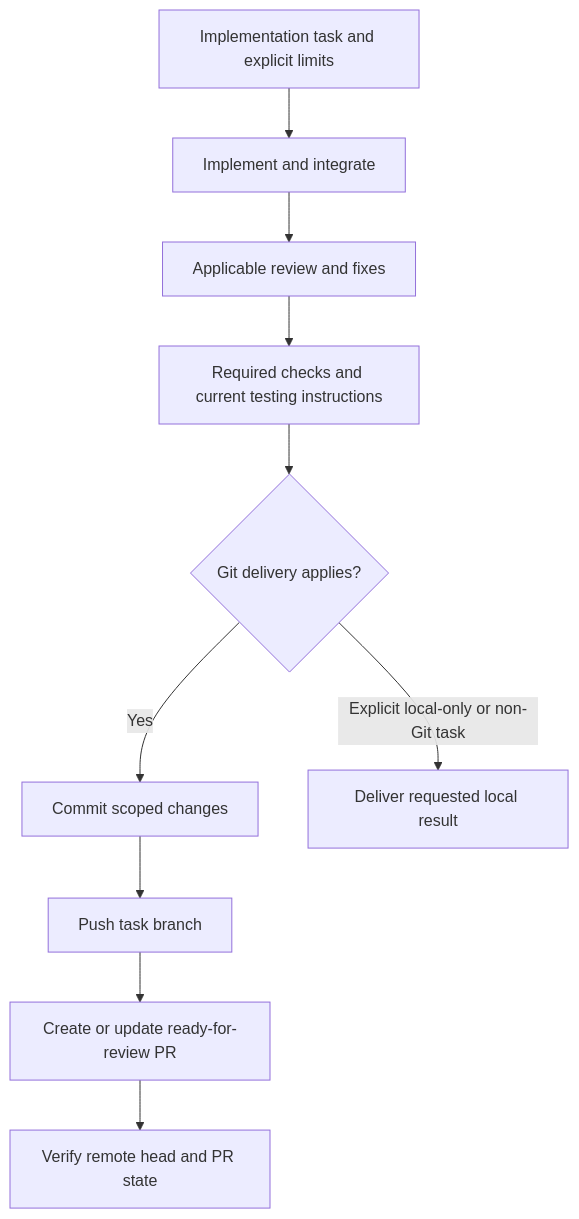
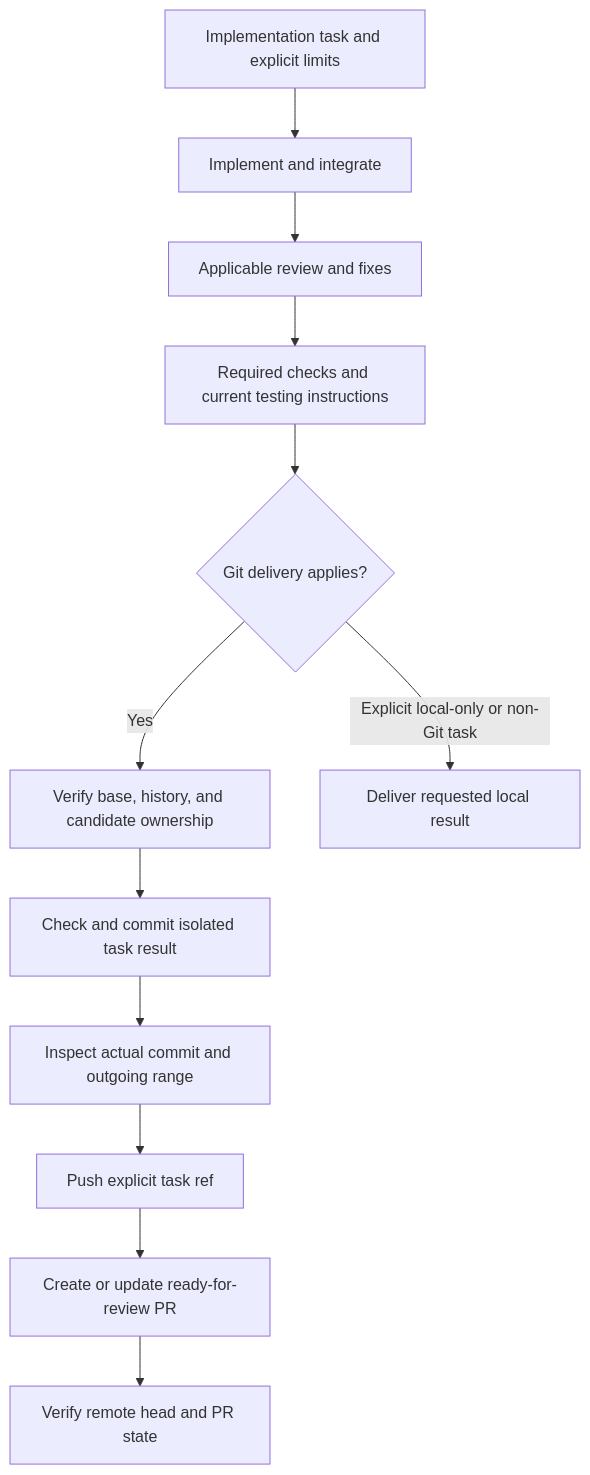
Before and after one commit to monster-cookie/venworks-agentkit: the diagram in skills/agent-router/references/git-delivery.md, drawn with Mermaid. The commit also changed other lines of this file and 5 other files, not shown here.

Commit message:
Harden scoped Git delivery and verify image selection support

````diff
--- a/skills/agent-router/references/git-delivery.md
+++ b/skills/agent-router/references/git-delivery.md
@@ -19,12 +23,14 @@
 ```mermaid
 flowchart TD
     Scope[Implementation task and explicit limits] --> Work[Implement and integrate]
     Work --> Review[Applicable review and fixes]
     Review --> Verify[Required checks and current testing instructions]
     Verify --> Delivery{Git delivery applies?}
-    Delivery -->|Yes| Commit[Commit scoped changes]
-    Commit --> Push[Push task branch]
+    Delivery -->|Yes| Candidate[Verify base, history, and candidate ownership]
+    Candidate --> Commit[Check and commit isolated task result]
+    Commit --> Audit[Inspect actual commit and outgoing range]
+    Audit --> Push[Push explicit task ref]
     Push --> PR[Create or update ready-for-review PR]
     PR --> Confirm[Verify remote head and PR state]
     Delivery -->|Explicit local-only or non-Git task| Local[Deliver requested local result]
 ```
````
